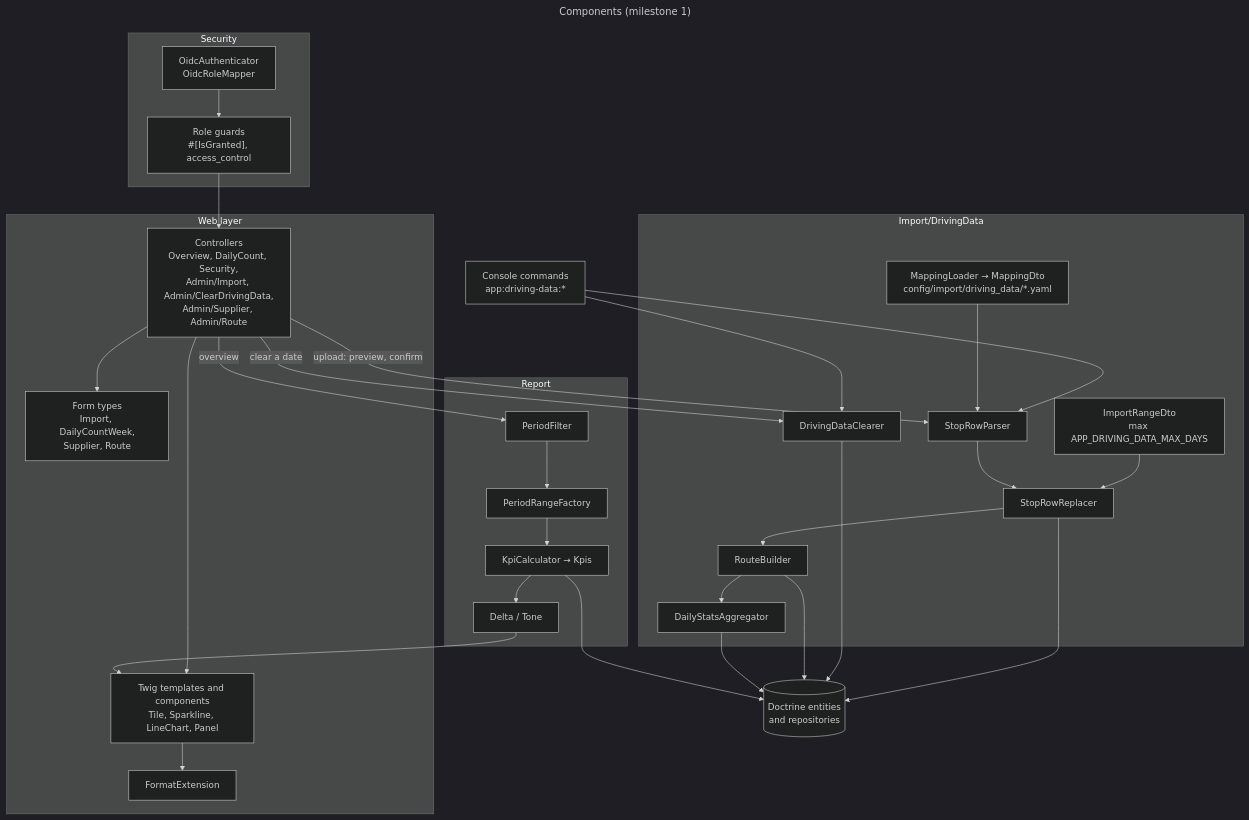
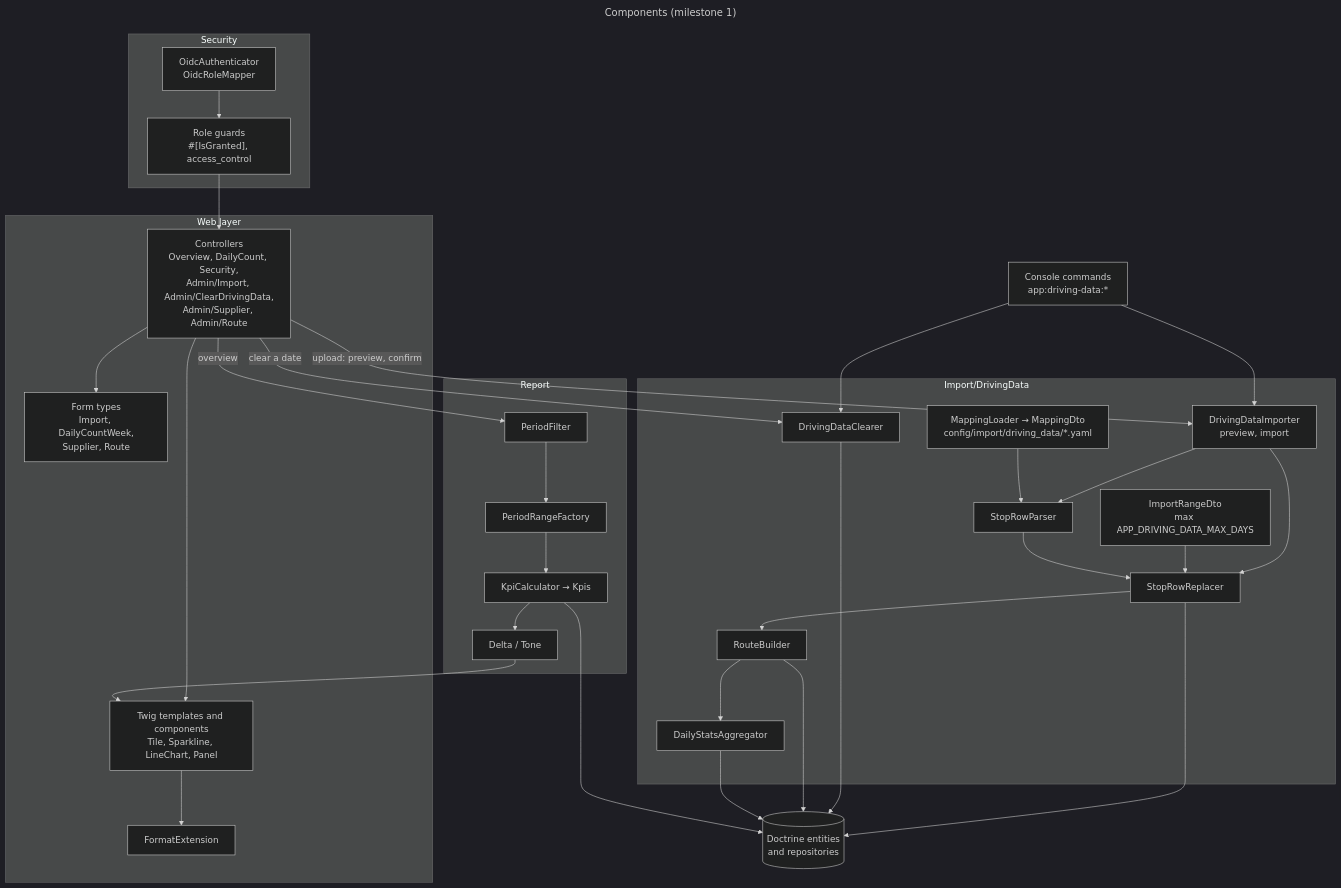
One commit to itk-dev/koerselsoverblik changed the third of 7 diagrams in docs/architecture.md. Above: the diagram before and after it, drawn with Mermaid (dark theme). The commit also changed other lines of this file and 2 other files, not shown here.

Commit message:
docs: describe the stored rows, the rejected rows and the import service

````diff
--- a/docs/architecture.md
+++ b/docs/architecture.md
@@ -140,59 +140,62 @@
 ```mermaid
 ---
 title: Components (milestone 1)
 ---
 flowchart TB
     subgraph web["Web layer"]
         controllers["Controllers<br/>Overview, DailyCount, Security,<br/>Admin/Import, Admin/ClearDrivingData,<br/>Admin/Supplier, Admin/Route"]
         forms["Form types<br/>Import, DailyCountWeek,<br/>Supplier, Route"]
         twig["Twig templates and components<br/>Tile, Sparkline, LineChart, Panel"]
         format["FormatExtension"]
     end
 
     subgraph security["Security"]
         authenticators["OidcAuthenticator<br/>OidcRoleMapper"]
         guards["Role guards<br/>#[IsGranted], access_control"]
     end
 
     subgraph import["Import/DrivingData"]
         mapping["MappingLoader → MappingDto<br/>config/import/driving_data/*.yaml"]
         importrange["ImportRangeDto<br/>max APP_DRIVING_DATA_MAX_DAYS"]
+        importer["DrivingDataImporter<br/>preview, import"]
         parser["StopRowParser"]
         replacer["StopRowReplacer"]
         builder["RouteBuilder"]
         aggregator["DailyStatsAggregator"]
         clearer["DrivingDataClearer"]
     end
 
     subgraph report["Report"]
         filter["PeriodFilter"]
         periods["PeriodRangeFactory"]
         kpi["KpiCalculator → Kpis"]
         delta["Delta / Tone"]
     end
 
     commands["Console commands<br/>app:driving-data:*"]
     repositories[("Doctrine entities<br/>and repositories")]
 
     controllers --> forms
     controllers --> twig
     twig --> format
     guards --> controllers
     authenticators --> guards
 
-    controllers -- "upload: preview, confirm" --> parser
-    commands --> parser
+    controllers -- "upload: preview, confirm" --> importer
+    commands --> importer
+    importer --> parser
+    importer --> replacer
     mapping --> parser
     importrange --> replacer
     parser --> replacer --> builder --> aggregator
     replacer --> repositories
     controllers -- "clear a date" --> clearer
     commands --> clearer
     clearer --> repositories
     builder --> repositories
     aggregator --> repositories
 
     controllers -- "overview" --> filter --> periods --> kpi
     kpi --> repositories
     kpi --> delta --> twig
 ```
````
